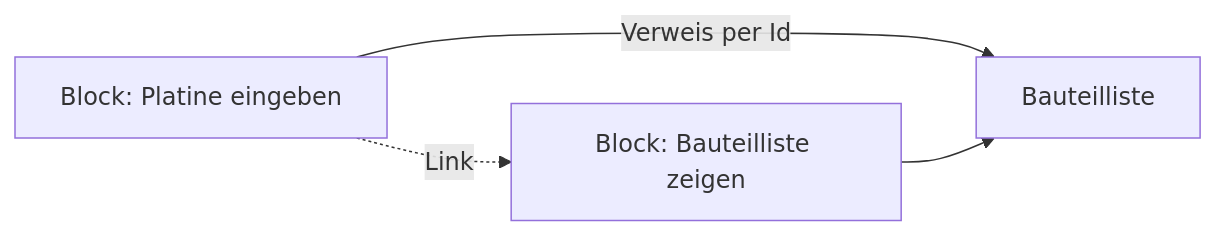
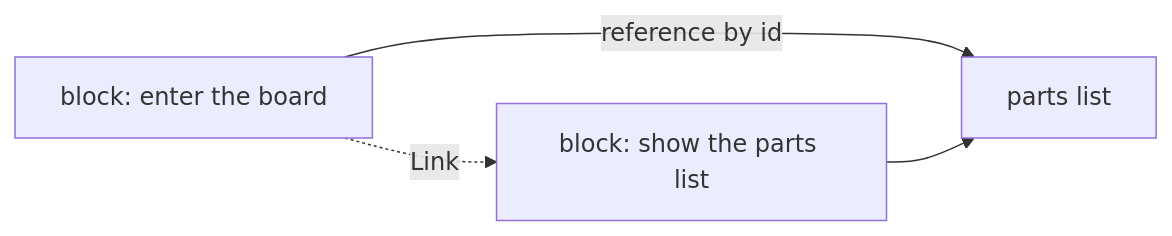
Diagram 11 of 14 in docs/NewConcept/20-interaction.md (sfambach/wp-taxonomy-modeler), drawn with Mermaid before and after one commit. The commit also changed other lines of this file and 4 other files, not shown here.

First line of the commit message:
Diagramme auf Englisch, Sachnamen bleiben

````diff
--- a/docs/NewConcept/20-interaction.md
+++ b/docs/NewConcept/20-interaction.md
@@ -565,6 +565,6 @@
 ```mermaid
 flowchart LR
-  B1["Block: Platine eingeben"] -->|Verweis per Id| R["Bauteilliste"]
-  B2["Block: Bauteilliste zeigen"] --> R
+  B1["block: enter the board"] -->|reference by id| R["parts list"]
+  B2["block: show the parts list"] --> R
   B1 -.Link.-> B2
 ```
````
